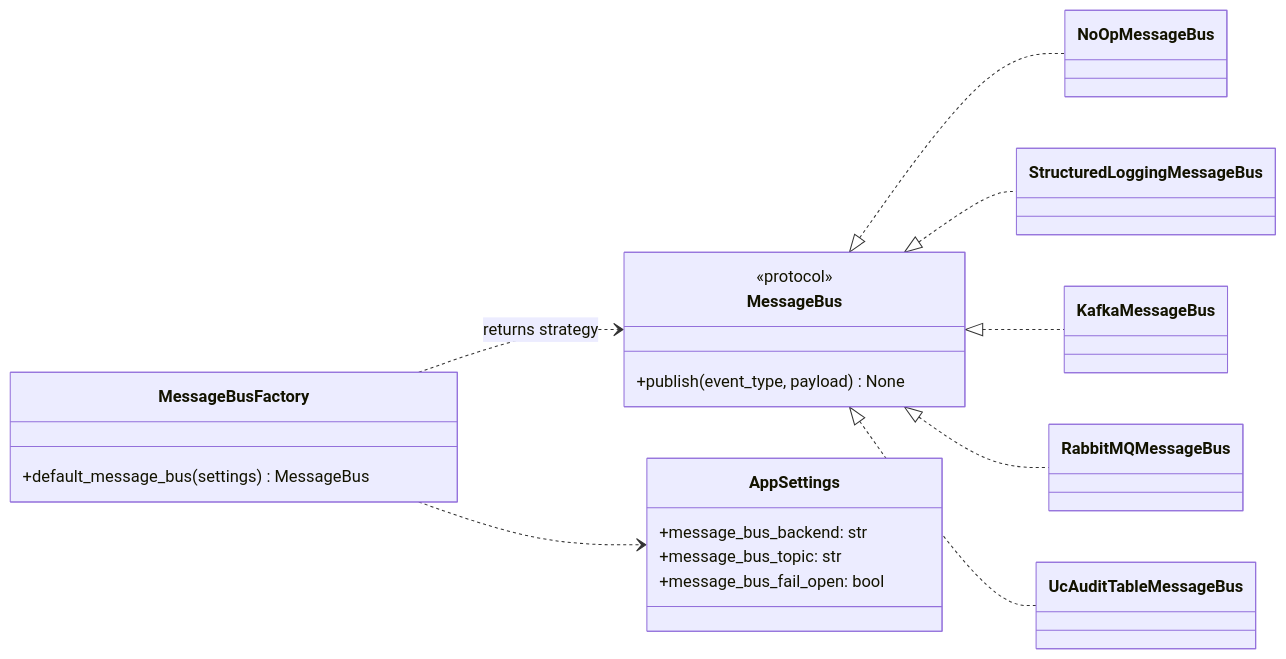
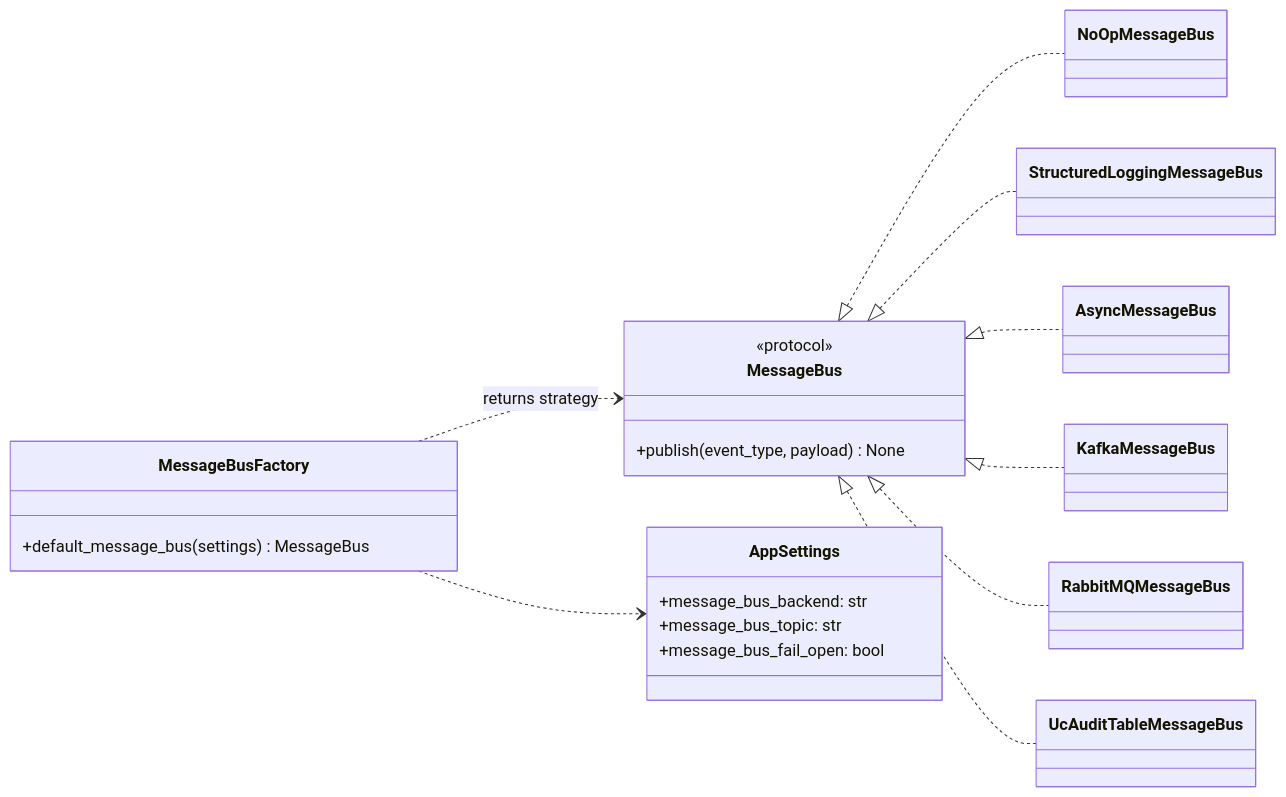
Before and after one commit to wchen-dea/Multi-Agent-App-On-Databricks: the fourth of 4 diagrams in docs/architecture/design-artifacts/08-backend-class-diagram-as-is.md, drawn with Mermaid. The commit also changed other lines of this file and 18 other files, not shown here.

````diff
--- a/docs/architecture/design-artifacts/08-backend-class-diagram-as-is.md
+++ b/docs/architecture/design-artifacts/08-backend-class-diagram-as-is.md
@@ -249,34 +250,36 @@
 ```mermaid
 classDiagram
 direction LR
 
 class MessageBus {
   <<protocol>>
   +publish(event_type, payload) None
 }
 
 class NoOpMessageBus
 class StructuredLoggingMessageBus
+class AsyncMessageBus
 class KafkaMessageBus
 class RabbitMQMessageBus
 class UcAuditTableMessageBus
 
 class AppSettings {
   +message_bus_backend: str
   +message_bus_topic: str
   +message_bus_fail_open: bool
 }
 
 class MessageBusFactory {
   +default_message_bus(settings) MessageBus
 }
 
 MessageBus <|.. NoOpMessageBus
 MessageBus <|.. StructuredLoggingMessageBus
+MessageBus <|.. AsyncMessageBus
 MessageBus <|.. KafkaMessageBus
 MessageBus <|.. RabbitMQMessageBus
 MessageBus <|.. UcAuditTableMessageBus
 
 MessageBusFactory ..> AppSettings
 MessageBusFactory ..> MessageBus : returns strategy
 ```
````
